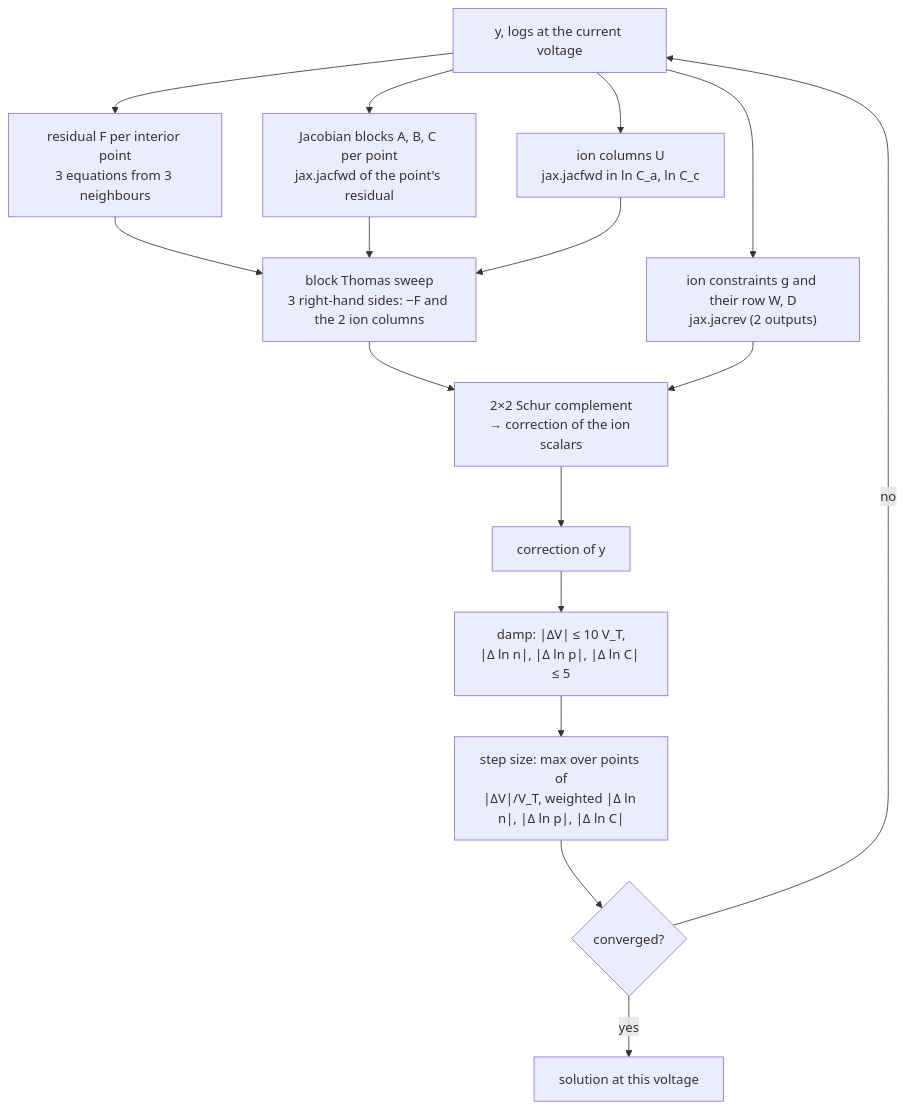
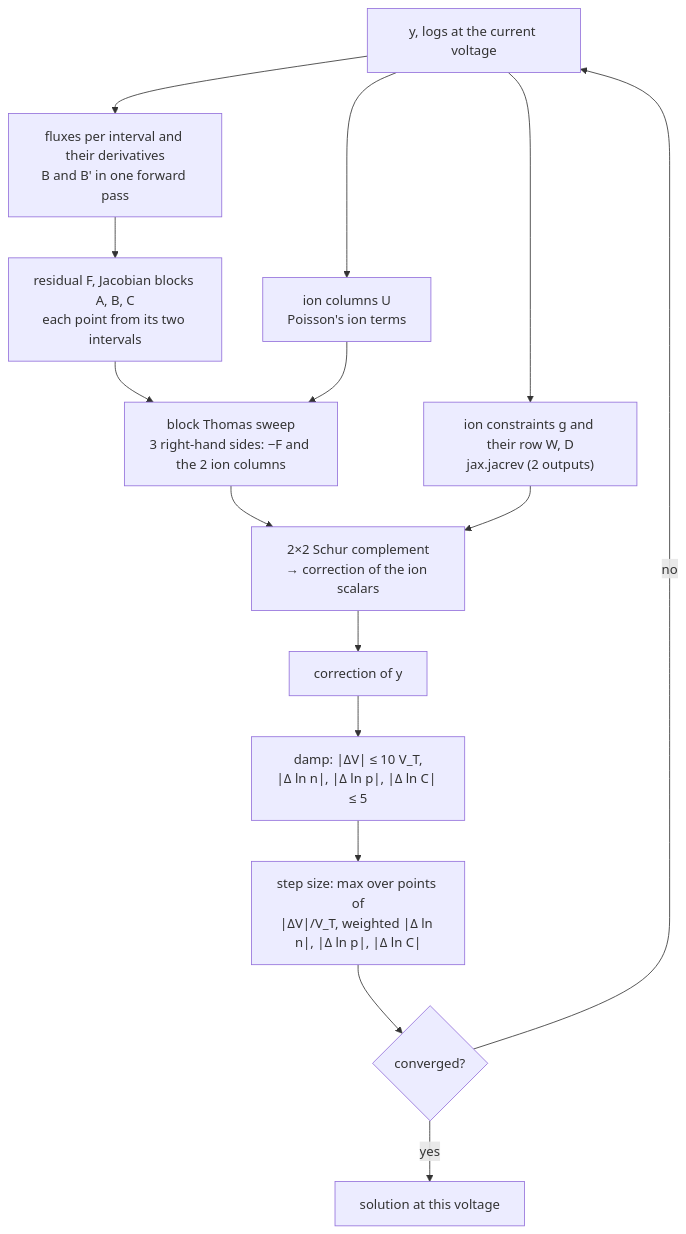
One commit to trn84/jaxdd changed the third of 3 diagrams in docs/solver.md. Above: the diagram before and after it, drawn with Mermaid. The commit also changed other lines of this file and 9 other files, not shown here.

Commit message:
The Jacobian by intervals: each flux and its derivatives once, 4x faster per Newton step and no round-off floor under strong frozen charge; PLAN 1.2 (e) done

````diff
--- a/docs/solver.md
+++ b/docs/solver.md
@@ -153,18 +153,17 @@
 ```mermaid
 flowchart TD
-    A["y, logs at the current voltage"] --> B["residual F per interior point<br/>3 equations from 3 neighbours"]
-    A --> C["Jacobian blocks A, B, C per point<br/>jax.jacfwd of the point's residual"]
-    A --> D["ion columns U<br/>jax.jacfwd in ln C_a, ln C_c"]
+    A["y, logs at the current voltage"] --> B["fluxes per interval and their derivatives<br/>B and B' in one forward pass"]
+    B --> C["residual F, Jacobian blocks A, B, C<br/>each point from its two intervals"]
+    A --> D["ion columns U<br/>Poisson's ion terms"]
     A --> E["ion constraints g and their row W, D<br/>jax.jacrev (2 outputs)"]
-    B --> F["block Thomas sweep<br/>3 right-hand sides: −F and the 2 ion columns"]
-    C --> F
+    C --> F["block Thomas sweep<br/>3 right-hand sides: −F and the 2 ion columns"]
     D --> F
     F --> G["2×2 Schur complement<br/>→ correction of the ion scalars"]
     E --> G
     G --> H["correction of y"]
     H --> I["damp: |ΔV| ≤ 10 V_T,<br/>|Δ ln n|, |Δ ln p|, |Δ ln C| ≤ 5"]
     I --> J["step size: max over points of<br/>|ΔV|/V_T, weighted |Δ ln n|, |Δ ln p|, |Δ ln C|"]
     J --> K{"converged?"}
     K -- "no" --> A
     K -- "yes" --> L["solution at this voltage"]
 ```
````
